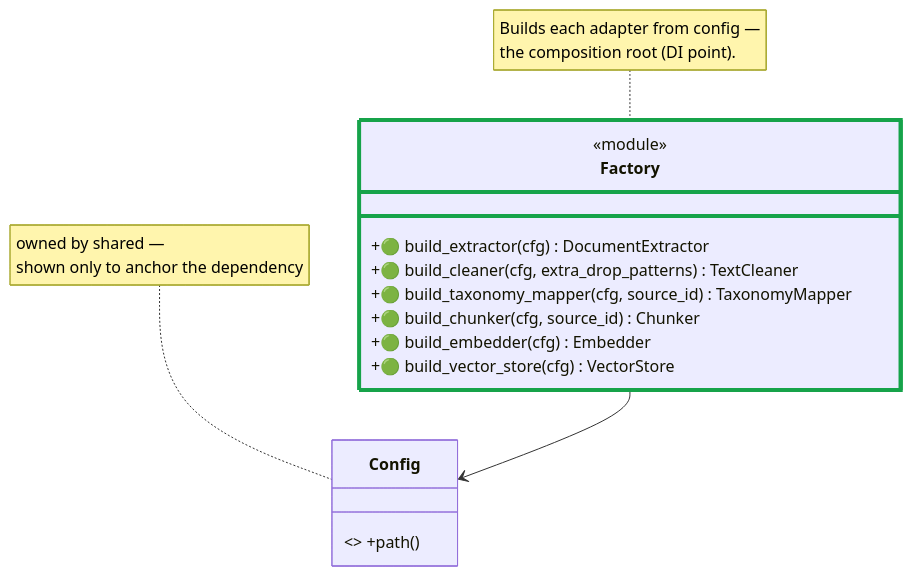
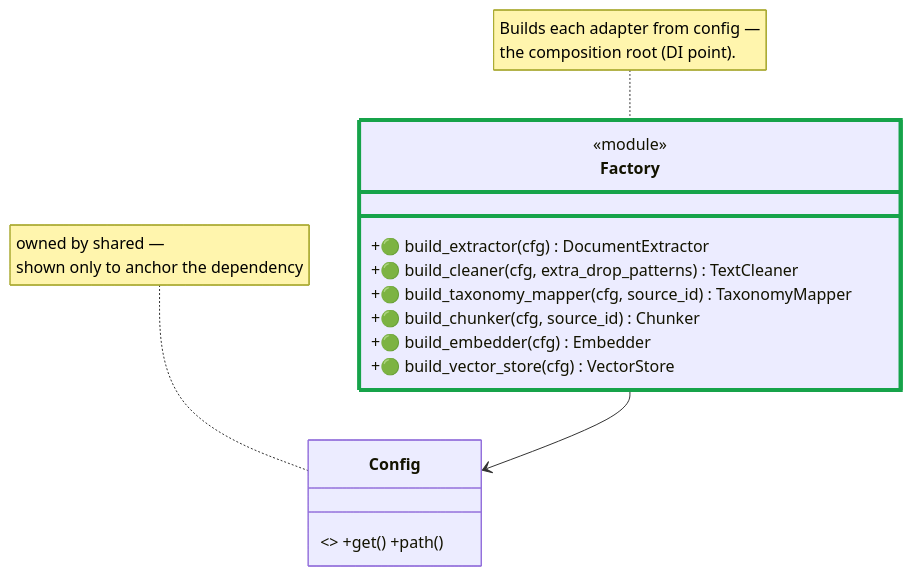
Before and after one commit to SzatanKluska/MCPSWEBOK: the fourth of 19 diagrams in docs/architecture/system-class-diagram.md, drawn with Mermaid. The commit also changed other lines of this file and 6 other files, not shown here.

````diff
--- a/docs/architecture/system-class-diagram.md
+++ b/docs/architecture/system-class-diagram.md
@@ -158,19 +161,19 @@
 ```mermaid
 classDiagram
   class Factory {
     <<module>>
     +🟢 build_extractor(cfg) DocumentExtractor
     +🟢 build_cleaner(cfg, extra_drop_patterns) TextCleaner
     +🟢 build_taxonomy_mapper(cfg, source_id) TaxonomyMapper
     +🟢 build_chunker(cfg, source_id) Chunker
     +🟢 build_embedder(cfg) Embedder
     +🟢 build_vector_store(cfg) VectorStore
   }
-  class Config { <<type>> +path() }
+  class Config { <<type>> +get() +path() }
 
   Factory --> Config
 
   note for Factory "Builds each adapter from config —<br/>the composition root (DI point)."
   note for Config "owned by shared —<br/>shown only to anchor the dependency"
   style Factory stroke:#16A34A,stroke-width:4px
 ```
````
